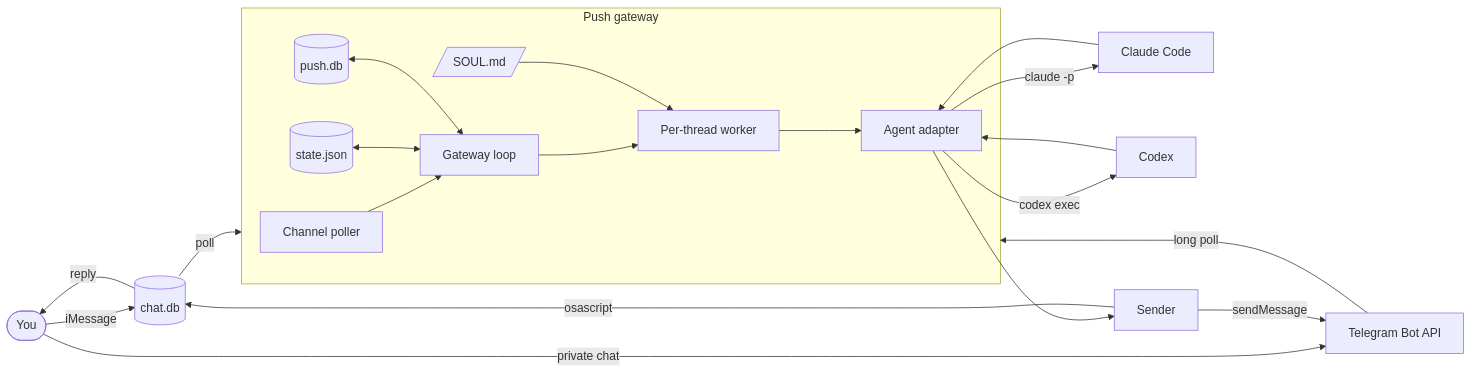
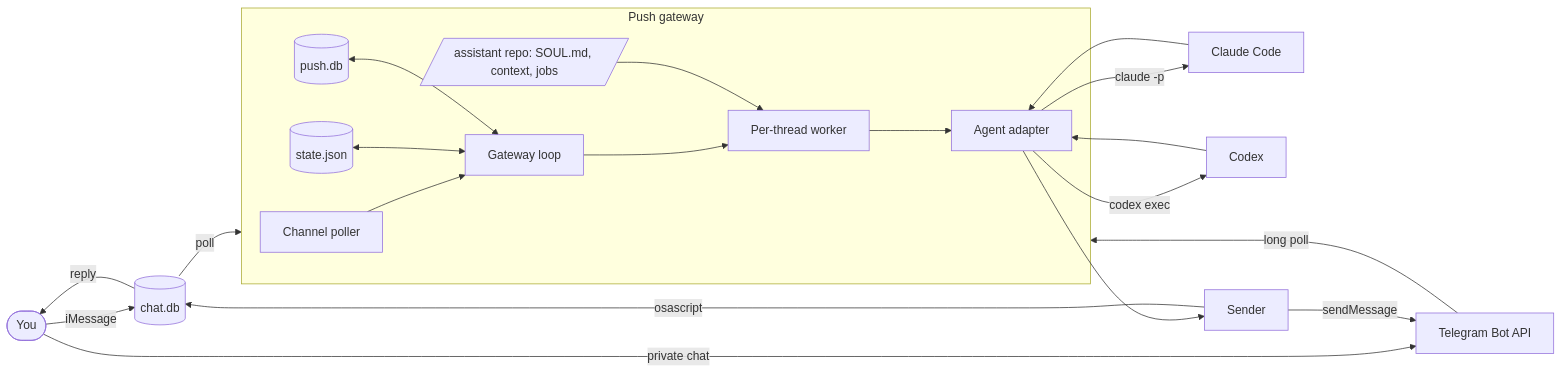
The first of 2 diagrams in docs/architecture.md (owainlewis/push), drawn with Mermaid before and after one commit. The commit also changed other lines of this file and 25 other files, not shown here.

````diff
--- a/docs/architecture.md
+++ b/docs/architecture.md
@@ -58,23 +64,23 @@
 ```mermaid
 flowchart LR
     user([You]) -->|iMessage| db[(chat.db)]
     user -->|private chat| tg[Telegram Bot API]
     db -->|poll| push
     tg -->|long poll| push
     subgraph push[Push gateway]
         poller[Channel poller] --> gateway[Gateway loop]
         gateway --> worker[Per-thread worker]
         store[(state.json)] <--> gateway
         history[(push.db)] <--> gateway
-        soul[/SOUL.md/] --> worker
+        assistant[/assistant repo: SOUL.md, context, jobs/] --> worker
         worker --> adapter[Agent adapter]
     end
     adapter -->|claude -p| claude[Claude Code]
     adapter -->|codex exec| codex[Codex]
     claude --> adapter
     codex --> adapter
     adapter --> sender[Sender]
     sender -->|osascript| db
     sender -->|sendMessage| tg
     db -->|reply| user
 ```
````
